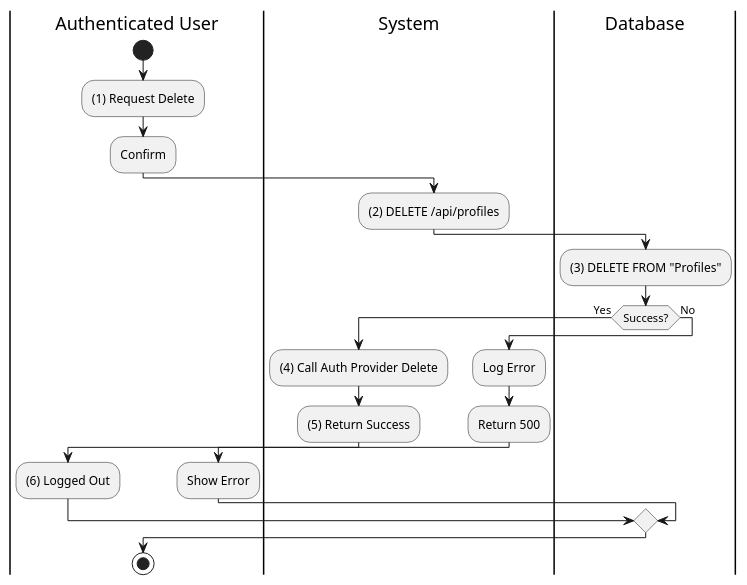
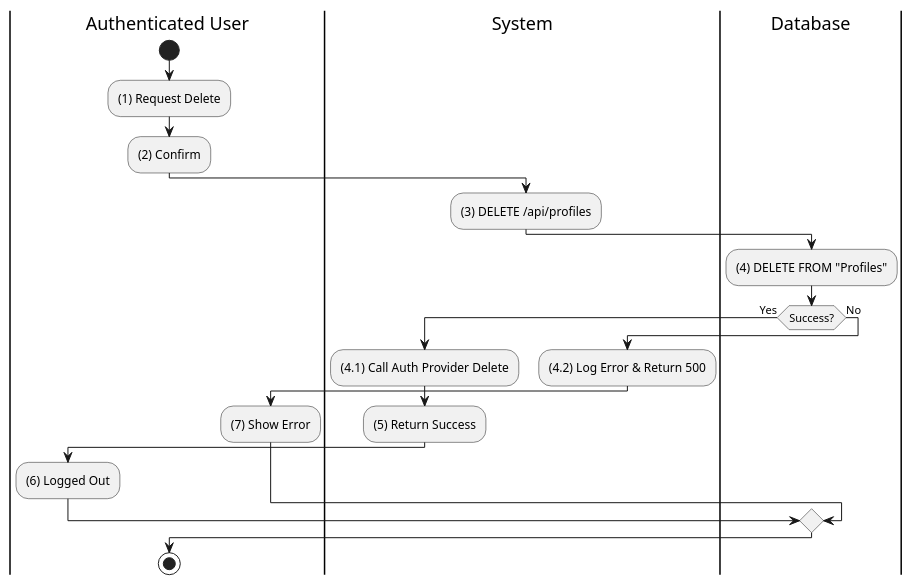
One commit to I-Love-U-3000/Favi-BE changed the seventh of 8 diagrams in UC_2.1.9_Adjust_User_Settings.md. Above: the diagram before and after it, drawn with PlantUML. The commit also changed other lines of this file and 36 other files, not shown here.

````diff
--- a/UC_2.1.9_Adjust_User_Settings.md
+++ b/UC_2.1.9_Adjust_User_Settings.md
@@ -209,27 +275,25 @@
 ```plantuml
 @startuml
 |Authenticated User|
 start
 :(1) Request Delete;
-:Confirm;
+:(2) Confirm;
 |System|
-:(2) DELETE /api/profiles;
+:(3) DELETE /api/profiles;
 |Database|
-|Database|
-:(3) DELETE FROM "Profiles";
+:(4) DELETE FROM "Profiles";
 if (Success?) then (Yes)
     |System|
-    :(4) Call Auth Provider Delete;
+    :(4.1) Call Auth Provider Delete;
     :(5) Return Success;
     |Authenticated User|
     :(6) Logged Out;
 else (No)
     |System|
-    :Log Error;
-    :Return 500;
+    :(4.2) Log Error & Return 500;
     |Authenticated User|
-    :Show Error;
+    :(7) Show Error;
 endif
 stop
 @enduml
 ```
````
